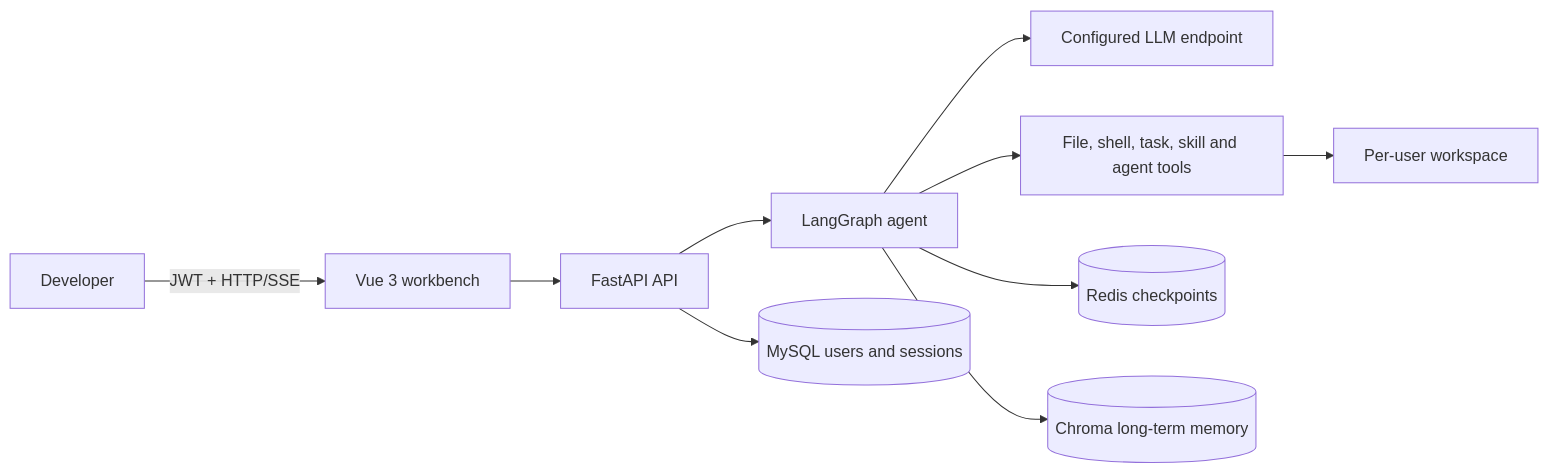
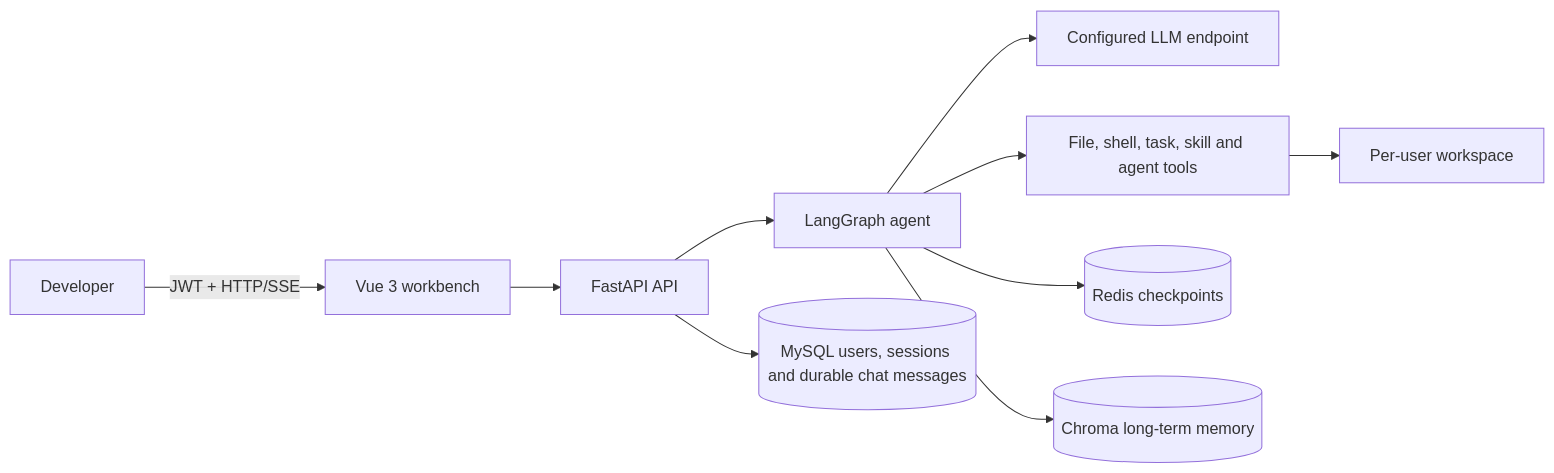
Before and after one commit to Gxh-aviliable/enterprise-controlled-coding-agent: the first of 5 diagrams in ARCHITECTURE.md, drawn with Mermaid. The commit also changed other lines of this file and 35 other files, not shown here.

````diff
--- a/ARCHITECTURE.md
+++ b/ARCHITECTURE.md
@@ -10,12 +10,12 @@
 ```mermaid
 flowchart LR
     U[Developer] -->|JWT + HTTP/SSE| FE[Vue 3 workbench]
     FE --> API[FastAPI API]
     API --> LG[LangGraph agent]
     LG --> LLM[Configured LLM endpoint]
     LG --> TOOLS[File, shell, task, skill and agent tools]
     TOOLS --> WS[Per-user workspace]
     LG --> REDIS[(Redis checkpoints)]
-    API --> MYSQL[(MySQL users and sessions)]
+    API --> MYSQL[(MySQL users, sessions and durable chat messages)]
     LG --> CHROMA[(Chroma long-term memory)]
 ```
````
